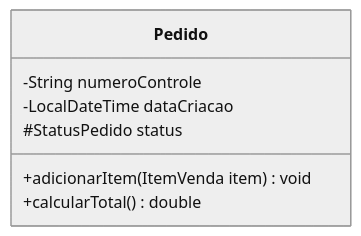
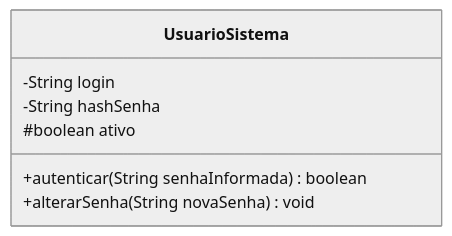
Diagram 17 of 29 in 4º Semestre/[Prof. Wesley Soares] Engenharia de Software II/Resumos-IA/Simulados-Comentados.md (murilolol/unifef), drawn with Mermaid (neutral theme) before and after one commit. The commit also changed other lines of this file and 40 other files, not shown here.

````diff
--- a/4º Semestre/[Prof. Wesley Soares] Engenharia de Software II/Resumos-IA/Simulados-Comentados.md
+++ b/4º Semestre/[Prof. Wesley Soares] Engenharia de Software II/Resumos-IA/Simulados-Comentados.md
@@ -796,10 +750,10 @@
 ```mermaid
 classDiagram
- class Pedido {
- -String numeroControle
- -LocalDateTime dataCriacao
- #StatusPedido status
- +adicionarItem(ItemVenda item) void
- +calcularTotal() double
+ class UsuarioSistema {
+ -String login
+ -String hashSenha
+ #boolean ativo
+ +autenticar(String senhaInformada) boolean
+ +alterarSenha(String novaSenha) void
  }
 ```
````
